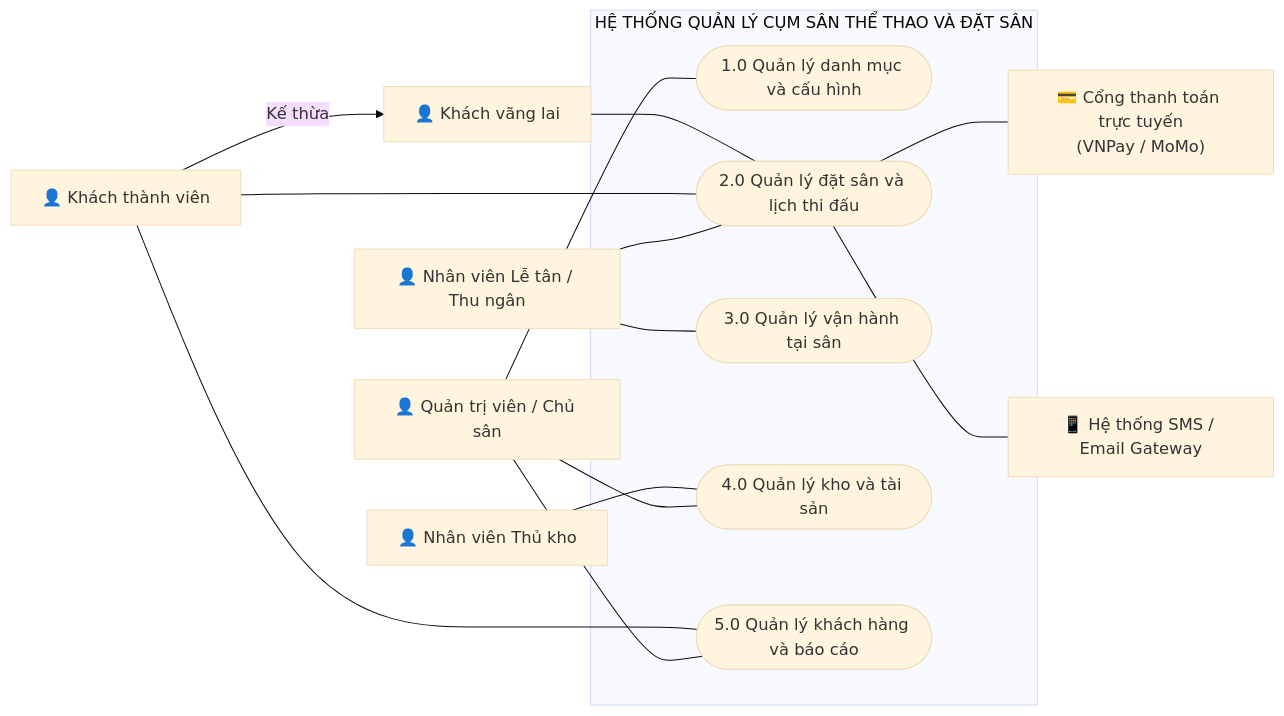
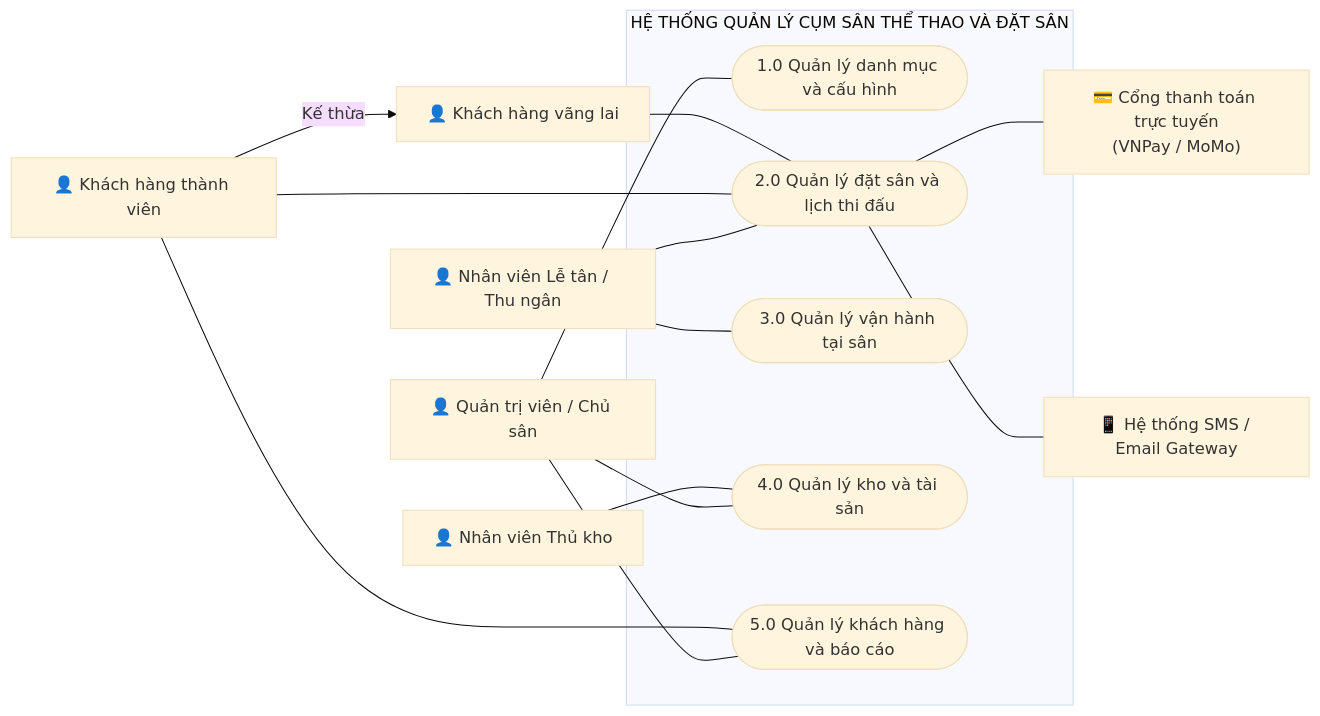
The second of 7 diagrams in BTH/BTH3_UsecaseDiagram/BTH3_UsecaseDiagram.md (nphat-code/DoAn-OOAD-SGU), drawn with Mermaid (base theme) before and after one commit. The commit also changed other lines of this file and 2 other files, not shown here.

````diff
--- a/BTH/BTH3_UsecaseDiagram/BTH3_UsecaseDiagram.md
+++ b/BTH/BTH3_UsecaseDiagram/BTH3_UsecaseDiagram.md
@@ -49,43 +49,43 @@
 ```mermaid
 flowchart LR
     %% Actors
-    ActorGuest["👤 Khách vãng lai"]
-    ActorCustomer["👤 Khách thành viên"]
+    ActorGuest["👤 Khách hàng vãng lai"]
+    ActorCustomer["👤 Khách hàng thành viên"]
     ActorStaff["👤 Nhân viên Lễ tân / Thu ngân"]
     ActorWarehouse["👤 Nhân viên Thủ kho"]
     ActorAdmin["👤 Quản trị viên / Chủ sân"]
 
     %% External System Actors
     ActorPayment["💳 Cổng thanh toán trực tuyến<br>(VNPay / MoMo)"]
     ActorNotify["📱 Hệ thống SMS / Email Gateway"]
 
     %% System Boundary bao trùm toàn bộ các Use Case
     subgraph System ["HỆ THỐNG QUẢN LÝ CỤM SÂN THỂ THAO VÀ ĐẶT SÂN"]
         UC1(["1.0 Quản lý danh mục và cấu hình"])
         UC2(["2.0 Quản lý đặt sân và lịch thi đấu"])
         UC3(["3.0 Quản lý vận hành tại sân"])
         UC4(["4.0 Quản lý kho và tài sản"])
         UC5(["5.0 Quản lý khách hàng và báo cáo"])
     end
 
     %% Actor Inheritance
     ActorCustomer -->|Kế thừa| ActorGuest
 
     %% Connections từ Actor vào Use Case
     ActorGuest --- UC2
     ActorCustomer --- UC2
     ActorCustomer --- UC5
 
     ActorStaff --- UC2
     ActorStaff --- UC3
 
     ActorWarehouse --- UC4
 
     ActorAdmin --- UC1
     ActorAdmin --- UC4
     ActorAdmin --- UC5
 
     %% Connections với Hệ thống ngoài
     UC2 --- ActorPayment
     UC2 --- ActorNotify
 ```
````
